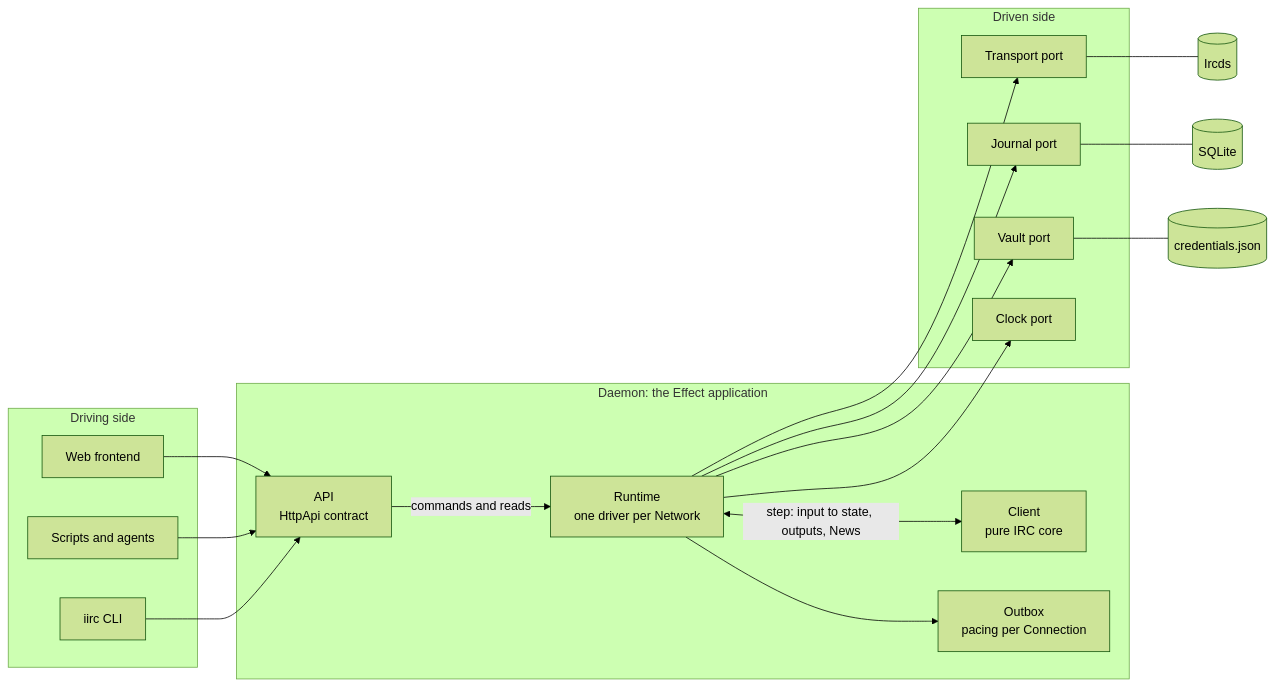
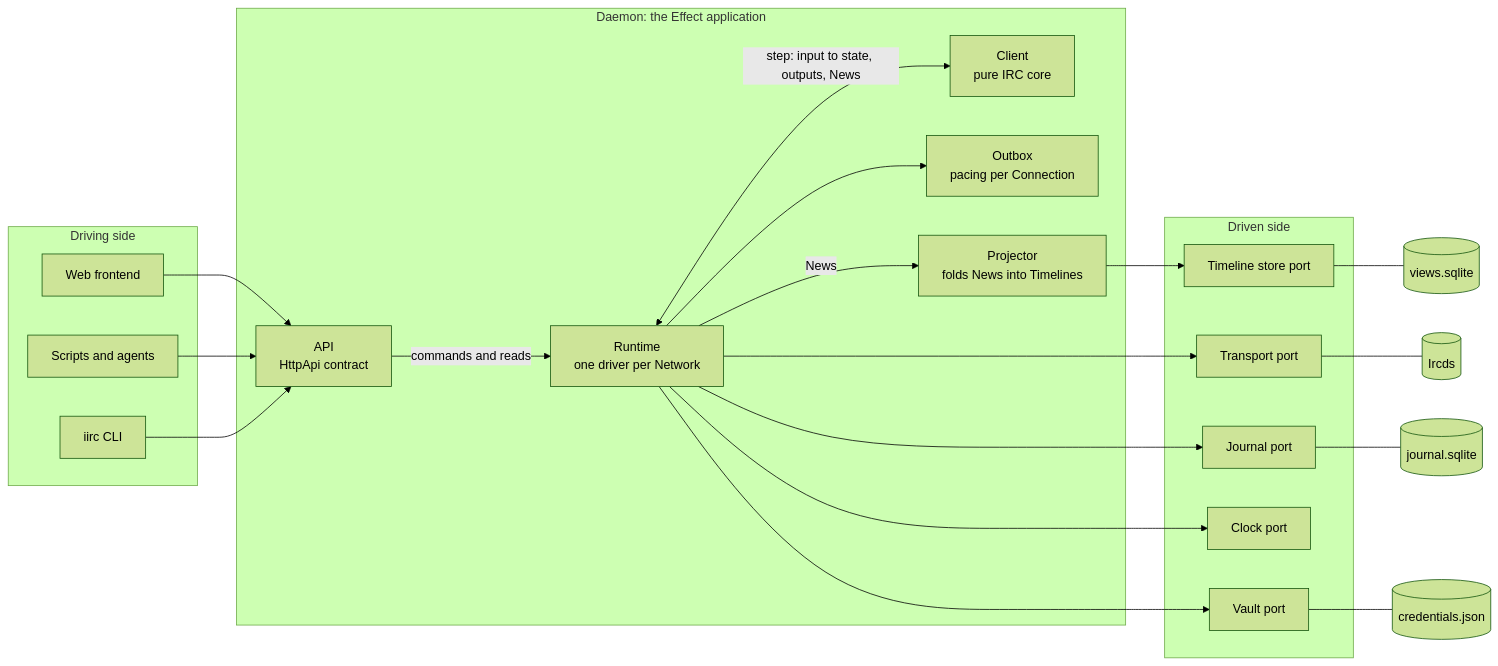
Before and after one commit to deankerr/iirc: the first of 5 diagrams in docs/architecture.md, drawn with Mermaid (forest theme). The commit also changed other lines of this file and 20 other files, not shown here.

First line of the commit message:
Keep Timelines in views.sqlite, folded by the Daemon as News happens

````diff
--- a/docs/architecture.md
+++ b/docs/architecture.md
@@ -13,31 +13,36 @@
 ```mermaid
 flowchart LR
   subgraph driving["Driving side"]
     web["Web frontend"]
     agent["Scripts and agents"]
     cli["iirc CLI"]
   end
 
   subgraph hexagon["Daemon: the Effect application"]
     api["API<br/>HttpApi contract"]
     runtime["Runtime<br/>one driver per Network"]
     client["Client<br/>pure IRC core"]
     outbox["Outbox<br/>pacing per Connection"]
+    projector["Projector<br/>folds News into Timelines"]
     api -->|"commands and reads"| runtime
     runtime <-->|"step: input to state, outputs, News"| client
     runtime --> outbox
+    runtime -->|"News"| projector
   end
 
   subgraph driven["Driven side"]
     transport["Transport port"]
     journal["Journal port"]
     vault["Vault port"]
     clock["Clock port"]
+    timelines["Timeline store port"]
   end
 
   web & agent & cli --> api
   runtime --> transport & journal & vault & clock
+  projector --> timelines
   transport --- ircd[("Ircds")]
-  journal --- sqlite[("SQLite")]
+  journal --- sqlite[("journal.sqlite")]
   vault --- store[("credentials.json")]
+  timelines --- views[("views.sqlite")]
 ```
````
